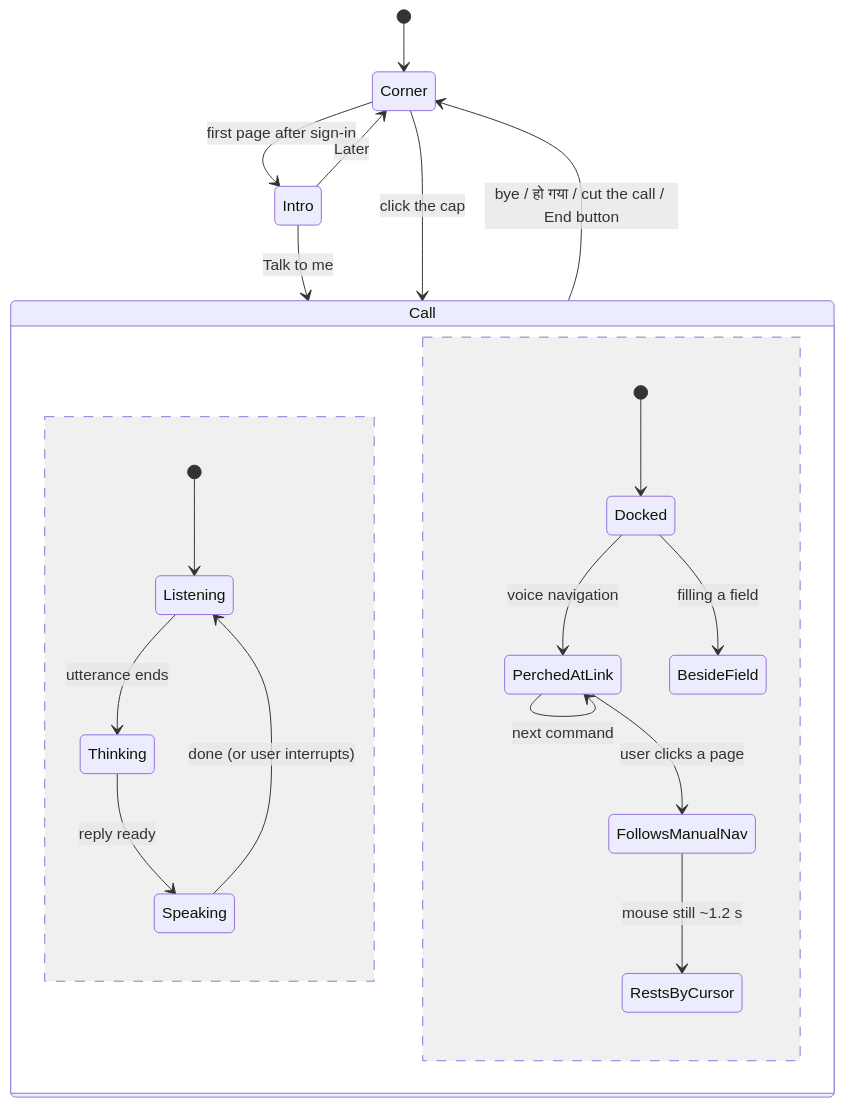
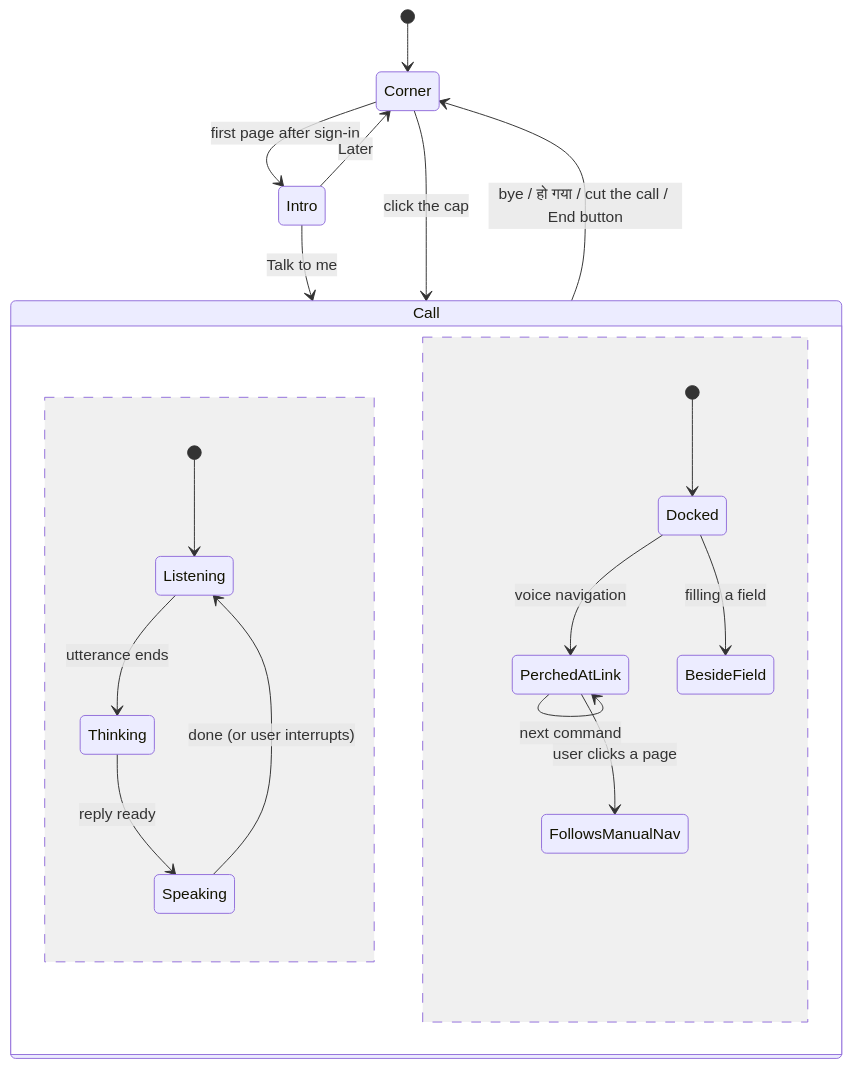
One commit to lalamansingh/FirstRecord changed the second of 3 diagrams in README.md. Above: the diagram before and after it, drawn with Mermaid. The commit also changed other lines of this file and 1 other file, not shown here.

First line of the commit message:
Mascot: stop following the mouse cursor

````diff
--- a/README.md
+++ b/README.md
@@ -158,22 +158,21 @@
 ```mermaid
 stateDiagram-v2
     [*] --> Corner
     Corner --> Intro: first page after sign-in
     Intro --> Corner: Later
     Intro --> Call: Talk to me
     Corner --> Call: click the cap
     state Call {
         [*] --> Listening
         Listening --> Thinking: utterance ends
         Thinking --> Speaking: reply ready
         Speaking --> Listening: done (or user interrupts)
         --
         [*] --> Docked
         Docked --> PerchedAtLink: voice navigation
         PerchedAtLink --> PerchedAtLink: next command
         Docked --> BesideField: filling a field
         PerchedAtLink --> FollowsManualNav: user clicks a page
-        FollowsManualNav --> RestsByCursor: mouse still ~1.2 s
     }
     Call --> Corner: bye / हो गया / cut the call / End button
 ```
````
